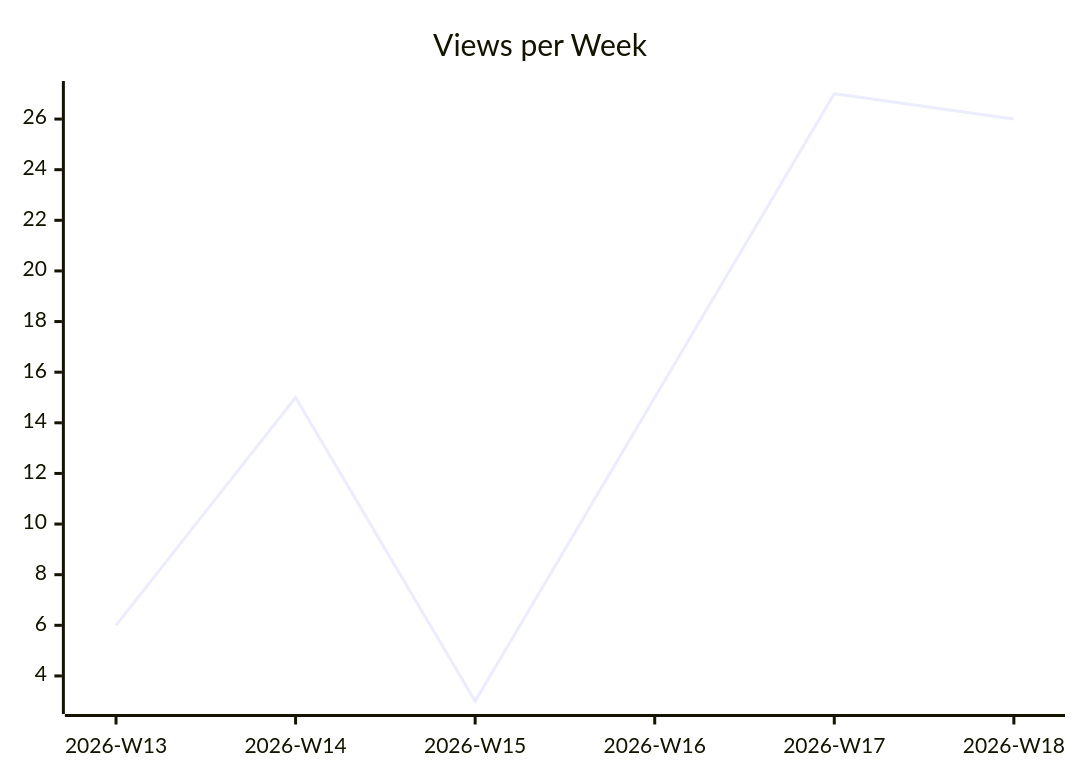
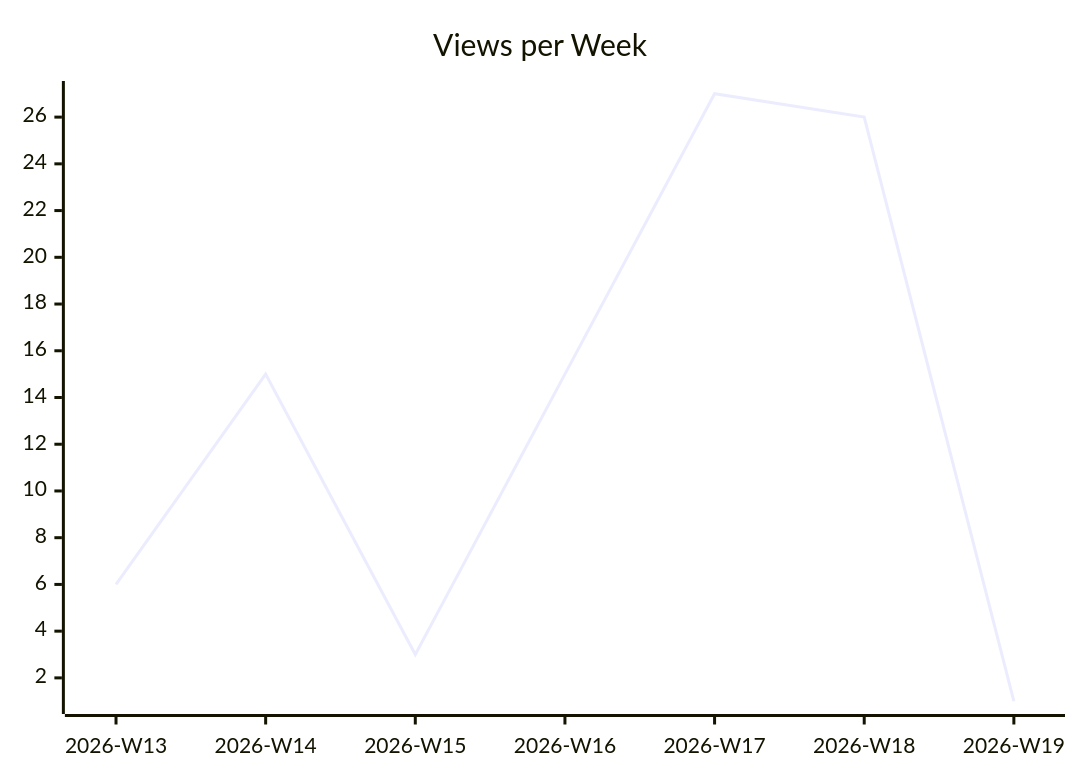
The second of 3 diagrams in karlmdavis/ksoap2-android/README.md (justdavis-family/github-analytics-data), drawn with Mermaid before and after one commit. The commit also changed other lines of this file and 187 other files, not shown here.

````diff
--- a/karlmdavis/ksoap2-android/README.md
+++ b/karlmdavis/ksoap2-android/README.md
@@ -12,6 +12,6 @@
 ```mermaid
 xychart-beta
   title "Views per Week"
-  x-axis ["2026-W13", "2026-W14", "2026-W15", "2026-W16", "2026-W17", "2026-W18"]
-  line [6, 15, 3, 15, 27, 26]
+  x-axis ["2026-W13", "2026-W14", "2026-W15", "2026-W16", "2026-W17", "2026-W18", "2026-W19"]
+  line [6, 15, 3, 15, 27, 26, 1]
 ```
````
